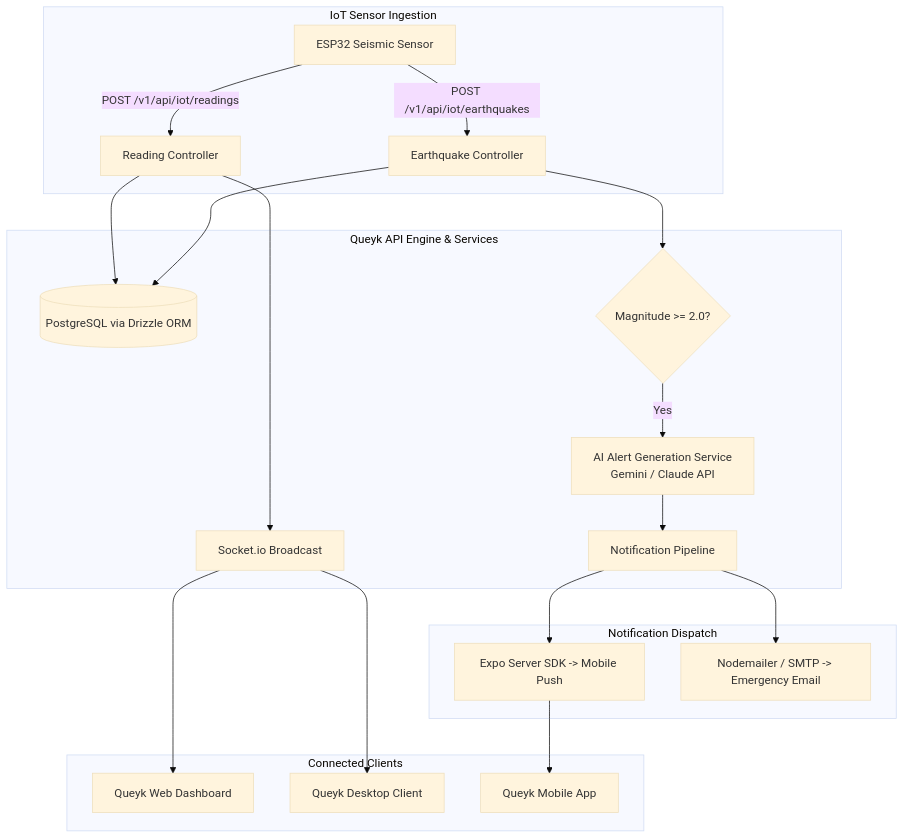
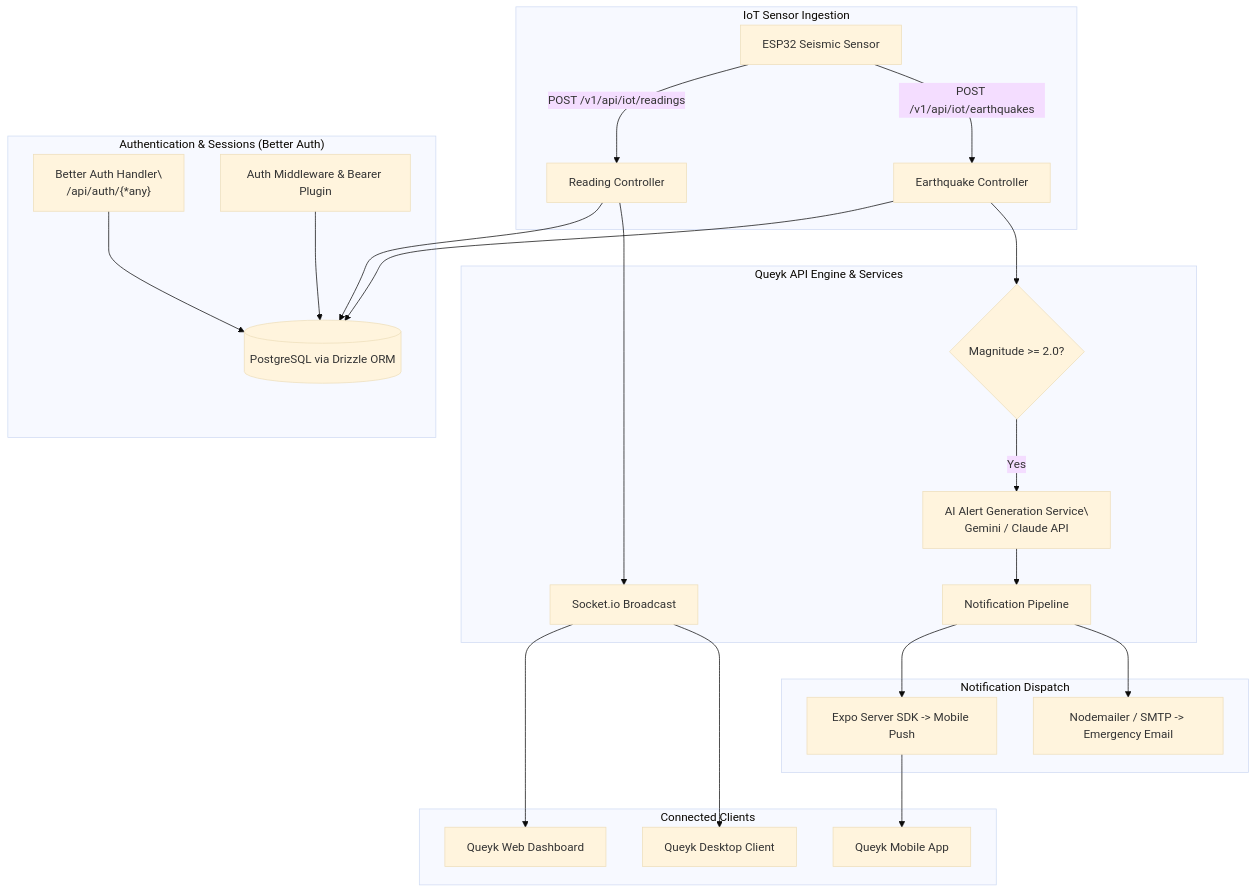
Before and after one commit to project-queyk/queyk-backend: the diagram in README.md, drawn with Mermaid (base theme). The commit also changed other lines of this file and 8 other files, not shown here.

Commit message:
feat: add better-auth

````diff
--- a/README.md
+++ b/README.md
@@ -37,27 +41,32 @@
 ```mermaid
 flowchart TD
     subgraph Ingestion ["IoT Sensor Ingestion"]
         A[ESP32 Seismic Sensor] -->|"POST /v1/api/iot/readings"| B[Reading Controller]
         A -->|"POST /v1/api/iot/earthquakes"| C[Earthquake Controller]
     end
 
+    subgraph AuthLayer ["Authentication & Sessions (Better Auth)"]
+        BA["Better Auth Handler\\n/api/auth/{*any}"] --> D[(PostgreSQL via Drizzle ORM)]
+        MW["Auth Middleware & Bearer Plugin"] --> D
+    end
+
     subgraph CoreEngine ["Queyk API Engine & Services"]
-        B --> D[(PostgreSQL via Drizzle ORM)]
+        B --> D
         C --> D
         B --> E[Socket.io Broadcast]
         C --> F{Magnitude >= 2.0?}
-        F -- Yes --> G[AI Alert Generation Service\nGemini / Claude API]
+        F -- Yes --> G[AI Alert Generation Service\\nGemini / Claude API]
         G --> H[Notification Pipeline]
     end
 
     subgraph NotificationChannels ["Notification Dispatch"]
         H --> I[Expo Server SDK -> Mobile Push]
         H --> J[Nodemailer / SMTP -> Emergency Email]
     end
 
     subgraph Clients ["Connected Clients"]
         E --> K[Queyk Web Dashboard]
         E --> L[Queyk Desktop Client]
         I --> M[Queyk Mobile App]
     end
 ```
````
